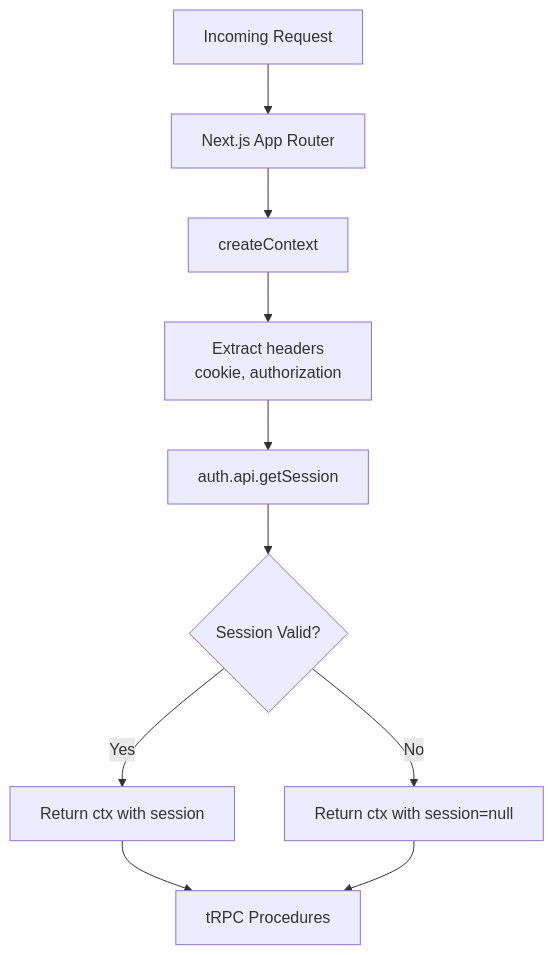
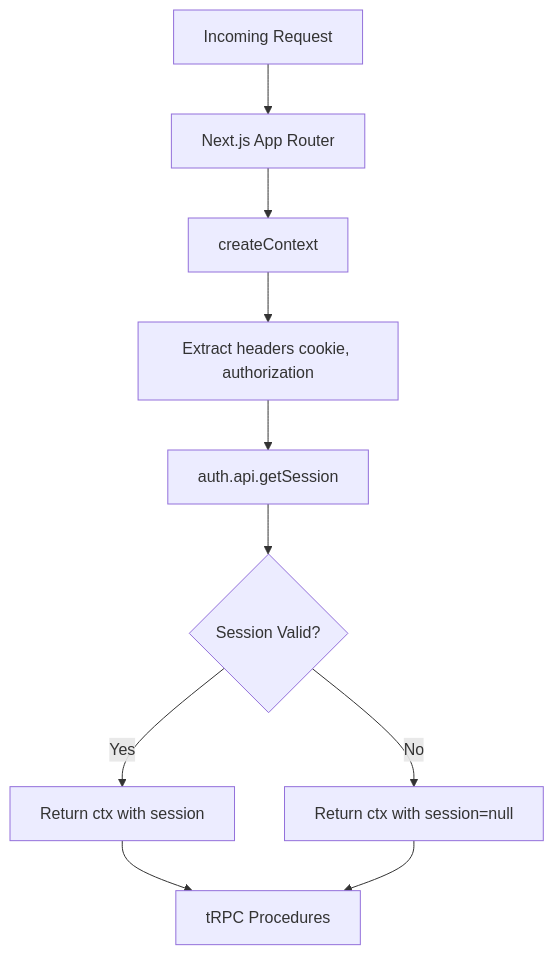
One commit to PKPL-Pusing-Kurang-Paham-Lurr/tk-2 changed diagram 16 of 18 in README.md. Above: the diagram before and after it, drawn with Mermaid. The commit also changed other lines of this file, not shown here.

````diff
--- a/README.md
+++ b/README.md
@@ -901,12 +900,12 @@
 ```mermaid
 flowchart TB
     A[Incoming Request] --> B[Next.js App Router]
     B --> C[createContext]
-    C --> D[Extract headers<br/>cookie, authorization]
+    C --> D[Extract headers cookie, authorization]
     D --> E[auth.api.getSession]
     E --> F{Session Valid?}
     F -->|Yes| G[Return ctx with session]
     F -->|No| H[Return ctx with session=null]
     G --> I[tRPC Procedures]
     H --> I
 ```
````
